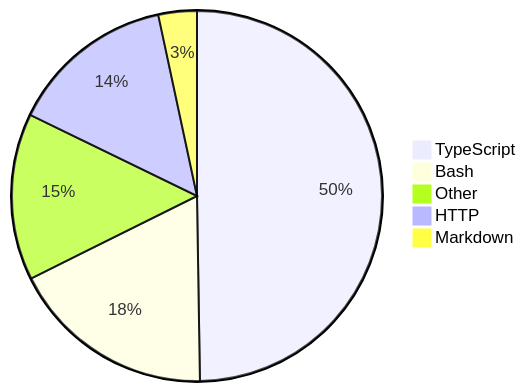
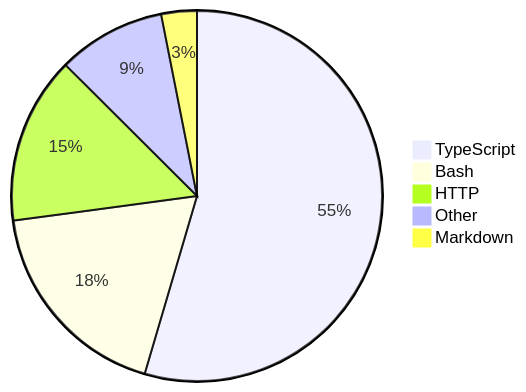
Before and after one commit to skvggor/skvggor: the diagram in README.md, drawn with Mermaid.

Commit message:
Updated waka-readme graph with new metrics

````diff
--- a/README.md
+++ b/README.md
@@ -16,8 +16,8 @@
 ```mermaid
 pie
-    "TypeScript" : 48.9
-    "Bash" : 17.6
-    "Other" : 14.3
-    "HTTP" : 14.2
-    "Markdown" : 3.3
+    "TypeScript" : 52.7
+    "Bash" : 17.7
+    "HTTP" : 14.1
+    "Other" : 9.1
+    "Markdown" : 3.0
 ```
````
